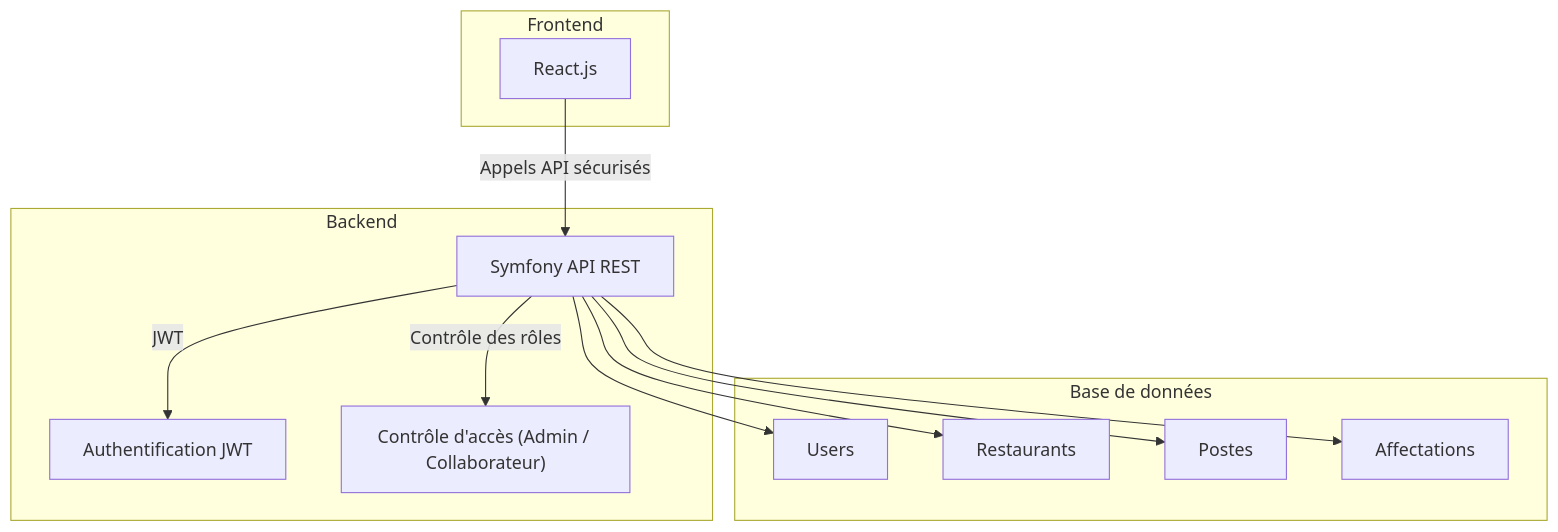
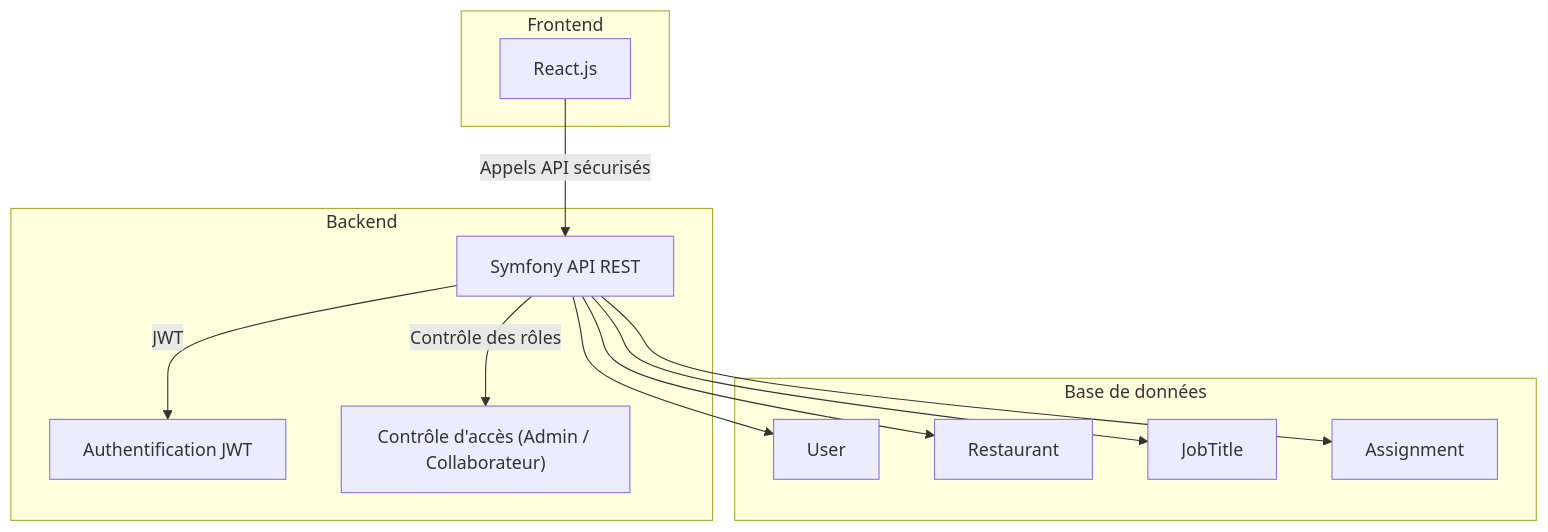
Before and after one commit to fhelenne/wacdo: the first of 3 diagrams in doc/1_Spécifications.md, drawn with Mermaid.

````diff
--- a/doc/1_Spécifications.md
+++ b/doc/1_Spécifications.md
@@ -32,51 +32,51 @@
 ```mermaid
 graph TD
 
 subgraph "Frontend"
 
 FE1["React.js"]
 
 end
 
   
 
 subgraph "Backend"
 
 BE1["Symfony API REST"]
 
 BE2["Authentification JWT"]
 
 BE3["Contrôle d'accès (Admin / Collaborateur)"]
 
 end
 
   
 
 subgraph "Base de données"
 
-DB1["Users"]
+DB1["User"]
 
-DB2["Restaurants"]
+DB2["Restaurant"]
 
-DB3["Postes"]
+DB3["JobTitle"]
 
-DB4["Affectations"]
+DB4["Assignment"]
 
 end
 
   
 
 FE1 -->|"Appels API sécurisés"| BE1
 
 BE1 -->|"JWT"| BE2
 
 BE1 -->|"Contrôle des rôles"| BE3
 
 BE1 --> DB1
 
 BE1 --> DB2
 
 BE1 --> DB3
 
 BE1 --> DB4
 ```
````
